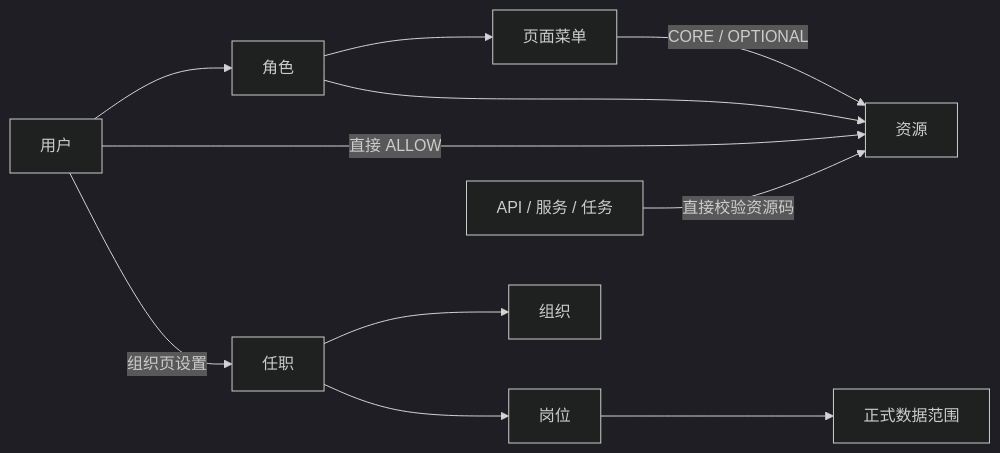
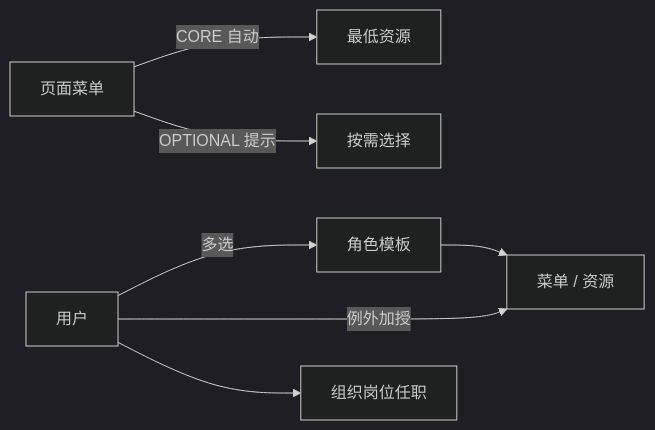
The diagram in 企业中台权限架构研发演示概要.md (sugarboo/permission-architecture), drawn with Mermaid (dark theme) before and after one commit. The commit also changed other lines of this file and 333 other files, not shown here.

````diff
--- a/企业中台权限架构研发演示概要.md
+++ b/企业中台权限架构研发演示概要.md
@@ -42,13 +26,9 @@
 ```mermaid
 flowchart LR
-  U["用户"] --> R["角色"]
-  U -->|"直接 ALLOW"| P["资源"]
-  R --> M["页面菜单"]
+  U["用户"] -->|"多选"| R["角色模板"]
+  U -->|"例外加授"| P["菜单 / 资源"]
   R --> P
-  M -->|"CORE / OPTIONAL"| P
-  U -->|"组织页设置"| A["任职"]
-  A --> O["组织"]
-  A --> POS["岗位"]
-  POS --> DS["正式数据范围"]
-  X["API / 服务 / 任务"] -->|"直接校验资源码"| P
+  M["页面菜单"] -->|"CORE 自动"| C["最低资源"]
+  M -->|"OPTIONAL 提示"| O["按需选择"]
+  U --> A["组织岗位任职"]
 ```
````
